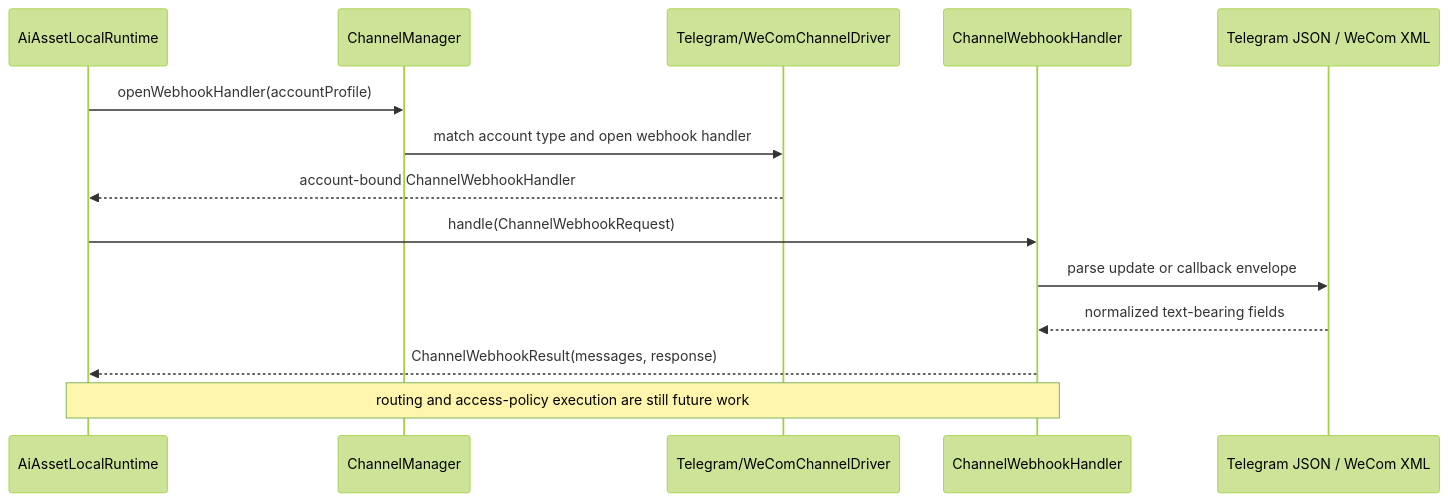
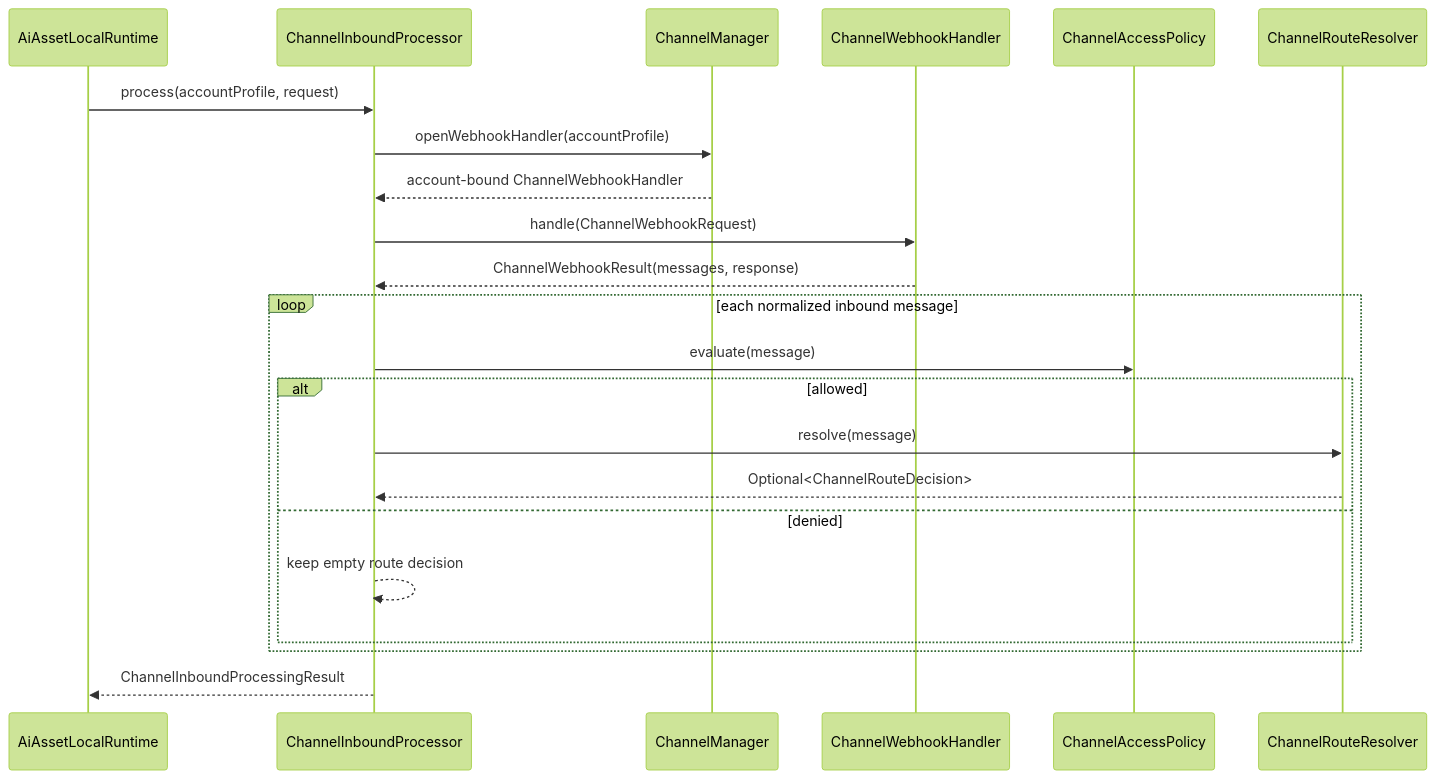
Before and after one commit to xinlangtao/IntentForge: the first of 2 diagrams in docs/tasks/channel-runtime-module.md, drawn with Mermaid (forest theme). The commit also changed other lines of this file, not shown here.

Commit message:
docs: close channel inbound pipeline task

````diff
--- a/docs/tasks/channel-runtime-module.md
+++ b/docs/tasks/channel-runtime-module.md
@@ -107,16 +109,24 @@
 ```mermaid
 sequenceDiagram
     participant Runtime as AiAssetLocalRuntime
+    participant Processor as ChannelInboundProcessor
     participant Manager as ChannelManager
-    participant Driver as Telegram/WeComChannelDriver
     participant Handler as ChannelWebhookHandler
-    participant Payload as Telegram JSON / WeCom XML
-    Runtime->>Manager: openWebhookHandler(accountProfile)
-    Manager->>Driver: match account type and open webhook handler
-    Driver-->>Runtime: account-bound ChannelWebhookHandler
-    Runtime->>Handler: handle(ChannelWebhookRequest)
-    Handler->>Payload: parse update or callback envelope
-    Payload-->>Handler: normalized text-bearing fields
-    Handler-->>Runtime: ChannelWebhookResult(messages, response)
-    Note over Handler,Runtime: routing and access-policy execution are still future work
+    participant Access as ChannelAccessPolicy
+    participant Route as ChannelRouteResolver
+    Runtime->>Processor: process(accountProfile, request)
+    Processor->>Manager: openWebhookHandler(accountProfile)
+    Manager-->>Processor: account-bound ChannelWebhookHandler
+    Processor->>Handler: handle(ChannelWebhookRequest)
+    Handler-->>Processor: ChannelWebhookResult(messages, response)
+    loop each normalized inbound message
+        Processor->>Access: evaluate(message)
+        alt allowed
+            Processor->>Route: resolve(message)
+            Route-->>Processor: Optional<ChannelRouteDecision>
+        else denied
+            Processor-->>Processor: keep empty route decision
+        end
+    end
+    Processor-->>Runtime: ChannelInboundProcessingResult
 ```
````
